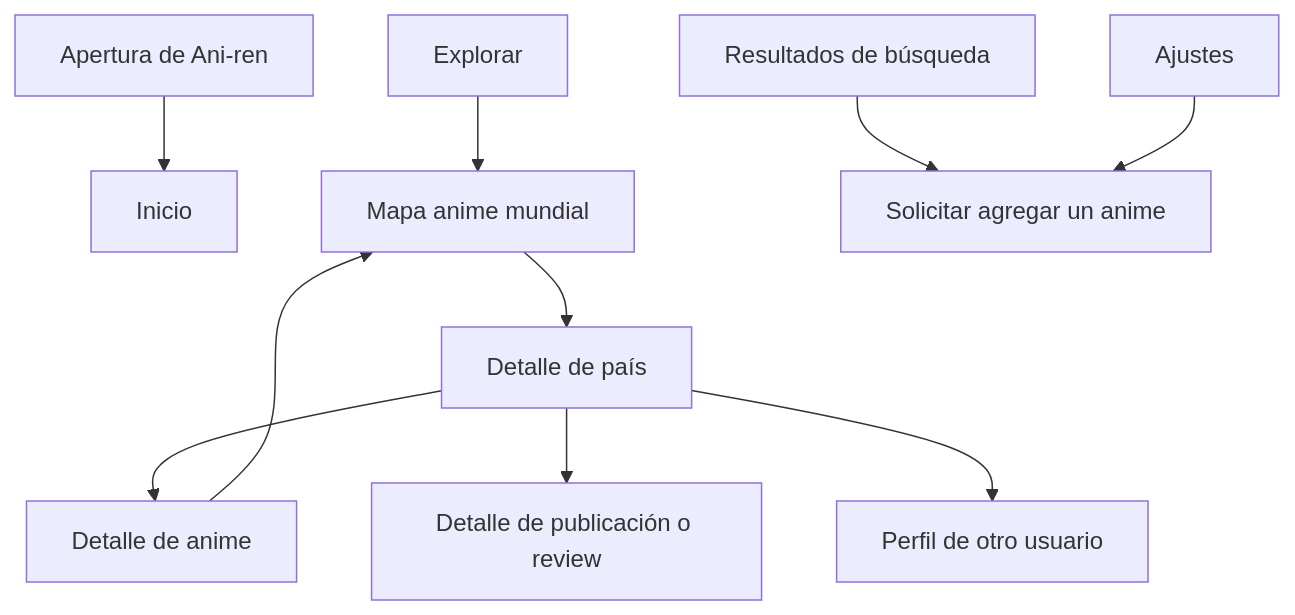
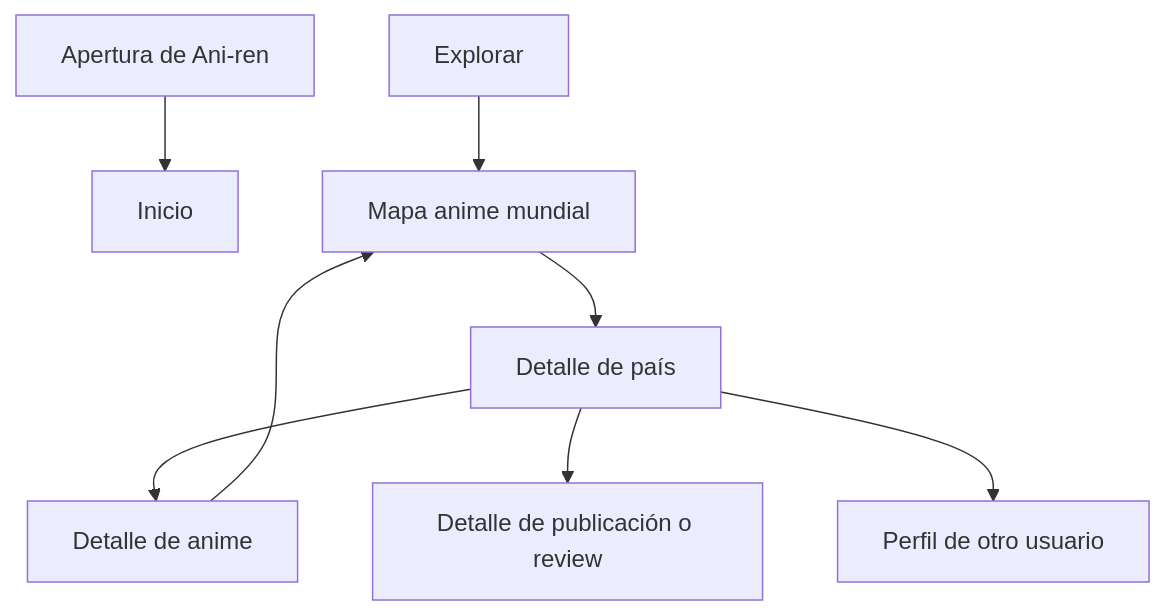
Before and after one commit to Feliflachs/ani-ren-app: the third of 3 diagrams in PANTALLAS.md, drawn with Mermaid. The commit also changed other lines of this file and 27 other files, not shown here.

````diff
--- a/PANTALLAS.md
+++ b/PANTALLAS.md
@@ -454,12 +410,10 @@
 ```mermaid
 flowchart TD
     Apertura[Apertura de Ani-ren] --> Inicio
     Explorar --> Mapa[Mapa anime mundial]
     Anime[Detalle de anime] --> Mapa
     Mapa --> Pais[Detalle de país]
     Pais --> Anime
     Pais --> Review[Detalle de publicación o review]
     Pais --> Usuario[Perfil de otro usuario]
-    Busqueda[Resultados de búsqueda] --> Solicitud[Solicitar agregar un anime]
-    Ajustes --> Solicitud
 ```
````
